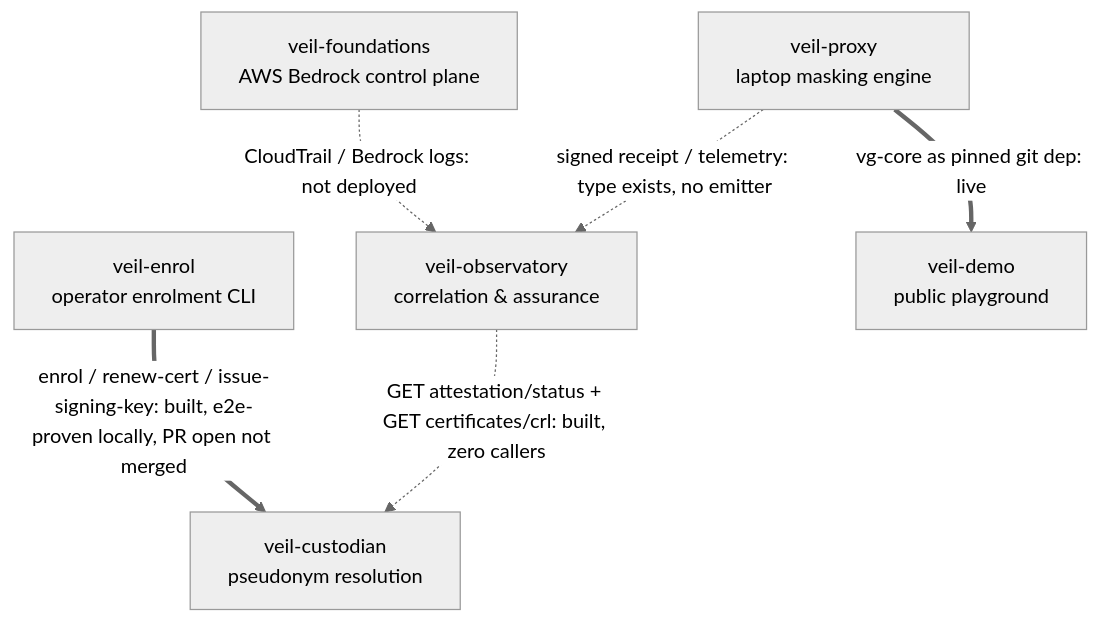
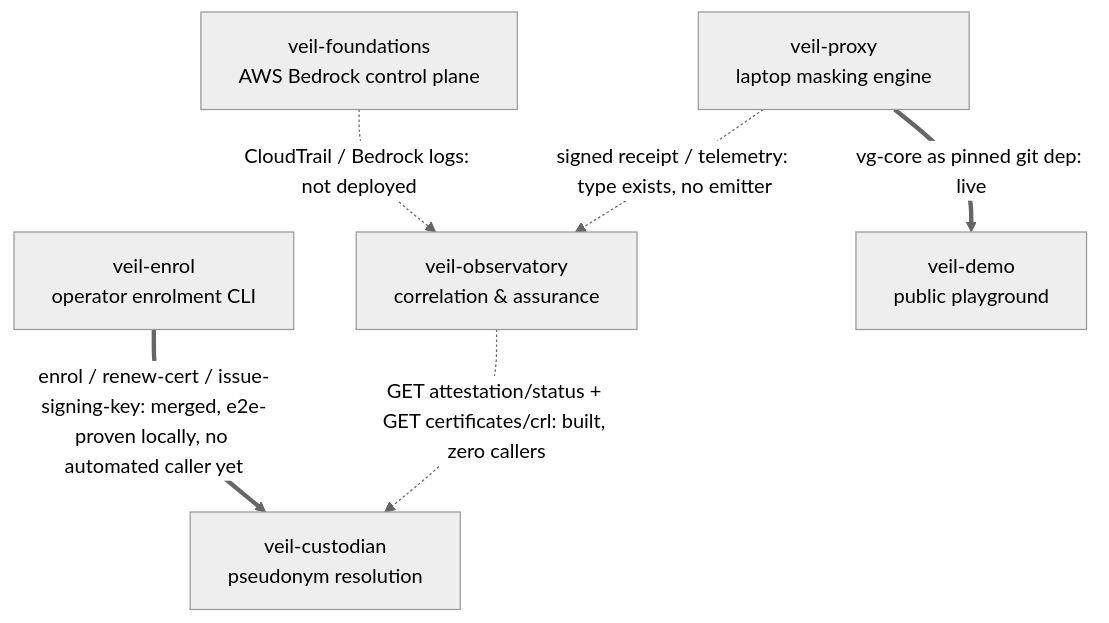
Before and after one commit to dermdunc/veil-ecosystem: the diagram in docs/architecture.md, drawn with Mermaid (neutral theme). The commit also changed other lines of this file and 2 other files, not shown here.

First line of the commit message:
docs: flip veil-enrol status from PR-open to merged

````diff
--- a/docs/architecture.md
+++ b/docs/architecture.md
@@ -320,15 +323,15 @@
 ```mermaid
 flowchart TB
     VP["veil-proxy<br/>laptop masking engine"]
     WG["veil-foundations<br/>AWS Bedrock control plane"]
     OBS["veil-observatory<br/>correlation & assurance"]
     CUST["veil-custodian<br/>pseudonym resolution"]
     ENROL["veil-enrol<br/>operator enrolment CLI"]
     DEMO["veil-demo<br/>public playground"]
 
     VP -. "signed receipt / telemetry: type exists, no emitter" .-> OBS
     WG -. "CloudTrail / Bedrock logs: not deployed" .-> OBS
     OBS -. "GET attestation/status + GET certificates/crl: built, zero callers" .-> CUST
-    ENROL == "enrol / renew-cert / issue-signing-key: built, e2e-proven locally, PR open not merged" ==> CUST
+    ENROL == "enrol / renew-cert / issue-signing-key: merged, e2e-proven locally, no automated caller yet" ==> CUST
     VP == "vg-core as pinned git dep: live" ==> DEMO
 ```
````
